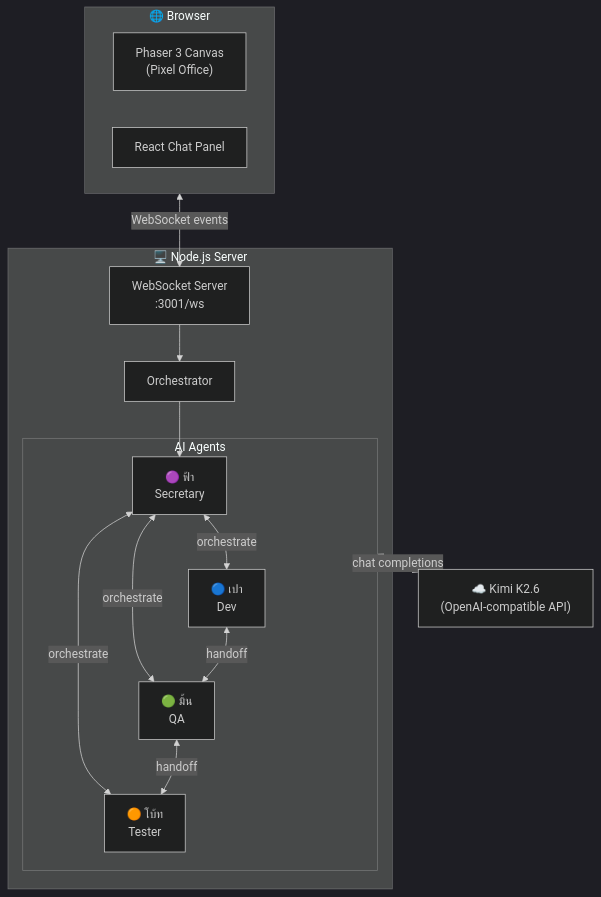
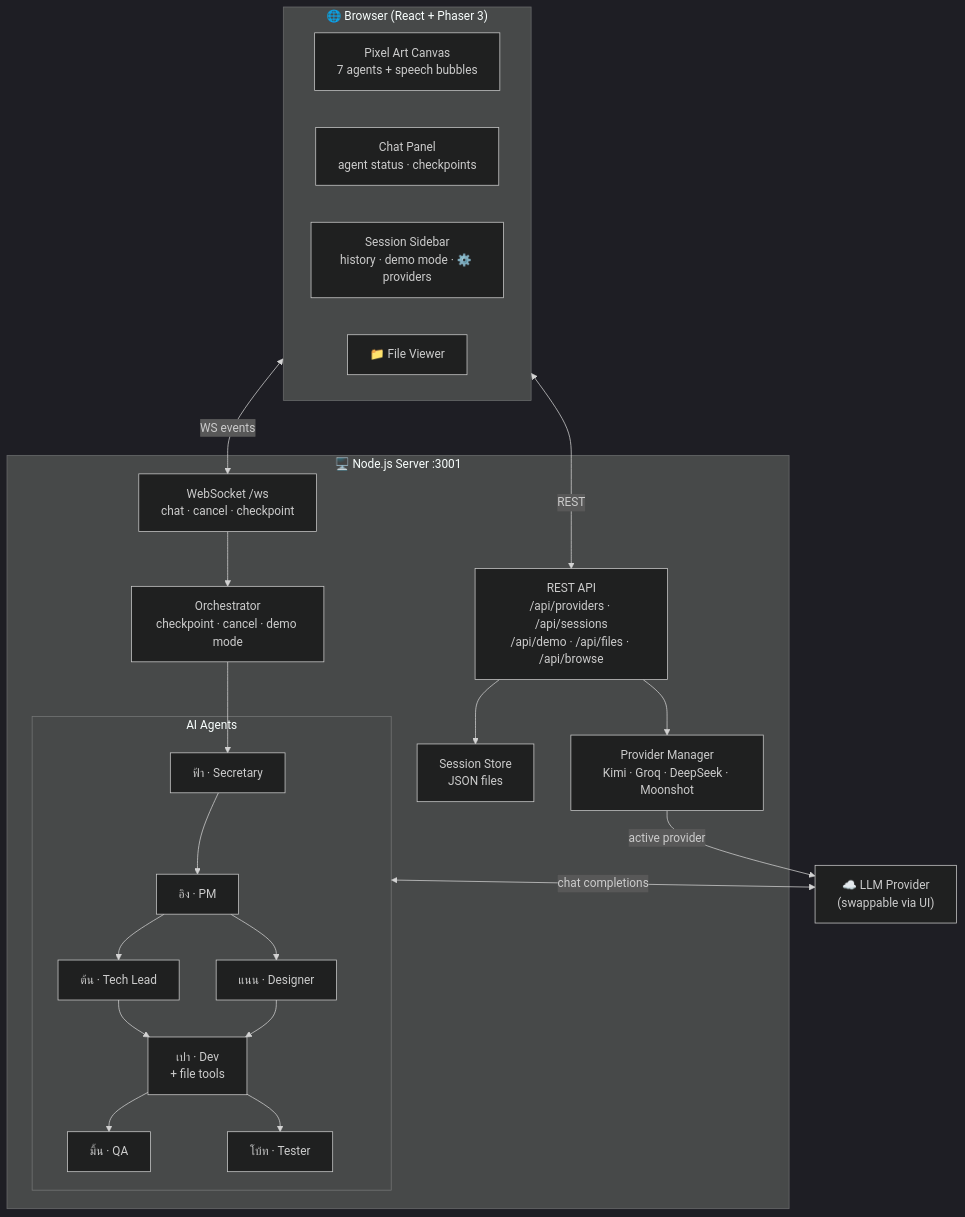
Before and after one commit to kyosuke11z/pixel-office: the first of 3 diagrams in README.md, drawn with Mermaid (dark theme). The commit also changed other lines of this file, not shown here.

Commit message:
docs: update README with 7-agent architecture, new pipeline, WS events, features table

````diff
--- a/README.md
+++ b/README.md
@@ -28,30 +27,36 @@
 ```mermaid
 graph TB
-    subgraph Browser["🌐 Browser"]
-        UI["Phaser 3 Canvas\n(Pixel Office)"]
-        Chat["React Chat Panel"]
+    subgraph Browser["🌐 Browser (React + Phaser 3)"]
+        Canvas["Pixel Art Canvas\n7 agents + speech bubbles"]
+        Chat["Chat Panel\nagent status · checkpoints"]
+        Sidebar["Session Sidebar\nhistory · demo mode · ⚙️ providers"]
+        FilePicker["📁 File Viewer"]
     end
 
-    subgraph Server["🖥️ Node.js Server"]
-        WS["WebSocket Server\n:3001/ws"]
-        Orch["Orchestrator"]
+    subgraph Server["🖥️ Node.js Server :3001"]
+        WS["WebSocket /ws\nchat · cancel · checkpoint"]
+        REST["REST API\n/api/providers · /api/sessions\n/api/demo · /api/files · /api/browse"]
+        Orch["Orchestrator\ncheckpoint · cancel · demo mode"]
         subgraph Agents["AI Agents"]
-            FA["🟣 ฟ้า\nSecretary"]
-            PA["🔵 เปา\nDev"]
-            MI["🟢 มิ้น\nQA"]
-            BO["🟠 โบ้ท\nTester"]
+            FA["ฟ้า · Secretary"]
+            IG["อิง · PM"]
+            TL["ต้น · Tech Lead"]
+            DS["แนน · Designer"]
+            PA["เปา · Dev\n+ file tools"]
+            MI["มิ้น · QA"]
+            BO["โบ้ท · Tester"]
         end
+        Providers["Provider Manager\nKimi · Groq · DeepSeek · Moonshot"]
+        Sessions["Session Store\nJSON files"]
     end
 
-    LLM["☁️ Kimi K2.6\n(OpenAI-compatible API)"]
+    LLM["☁️ LLM Provider\n(swappable via UI)"]
 
-    Browser <-->|WebSocket events| WS
+    Browser <-->|"WS events"| WS
+    Browser <-->|"REST"| REST
     WS --> Orch
-    Orch --> FA
-    FA <-->|orchestrate| PA
-    FA <-->|orchestrate| MI
-    FA <-->|orchestrate| BO
-    PA <-->|handoff| MI
-    MI <-->|handoff| BO
-    Agents <-->|chat completions| LLM
+    Orch --> FA --> IG --> TL & DS --> PA --> MI & BO
+    Agents <-->|"chat completions"| LLM
+    REST --> Providers & Sessions
+    Providers -->|"active provider"| LLM
 ```
````
